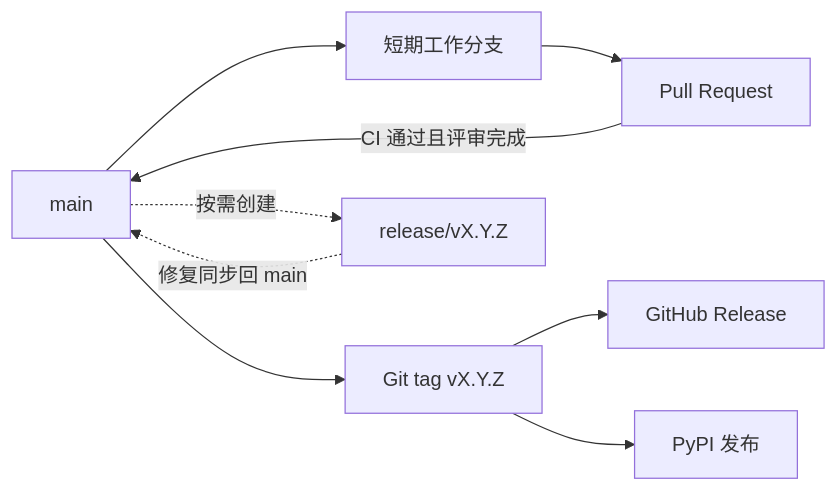
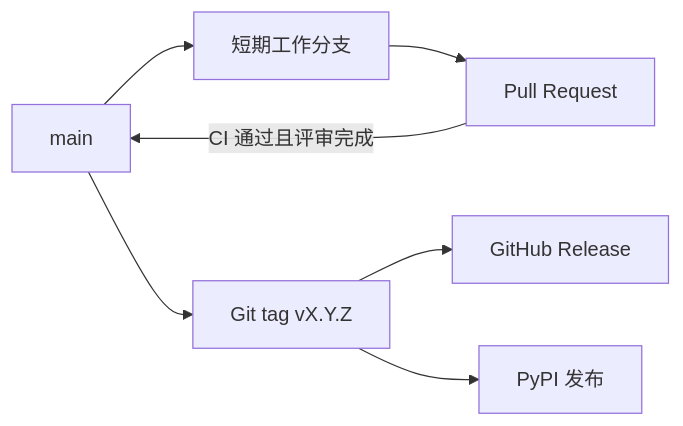
One commit to oerlock/dbkeel changed the diagram in docs/zh-CN/standards/branching.md. Above: the diagram before and after it, drawn with Mermaid. The commit also changed other lines of this file, not shown here.

````diff
--- a/docs/zh-CN/standards/branching.md
+++ b/docs/zh-CN/standards/branching.md
@@ -5,12 +5,9 @@
 ```mermaid
 flowchart LR
     M[main] --> W[短期工作分支]
     W --> PR[Pull Request]
     PR -->|CI 通过且评审完成| M
     M --> T[Git tag vX.Y.Z]
     T --> R[GitHub Release]
     T --> P[PyPI 发布]
-
-    M -. 按需创建 .-> B[release/vX.Y.Z]
-    B -. 修复同步回 main .-> M
 ```
````
